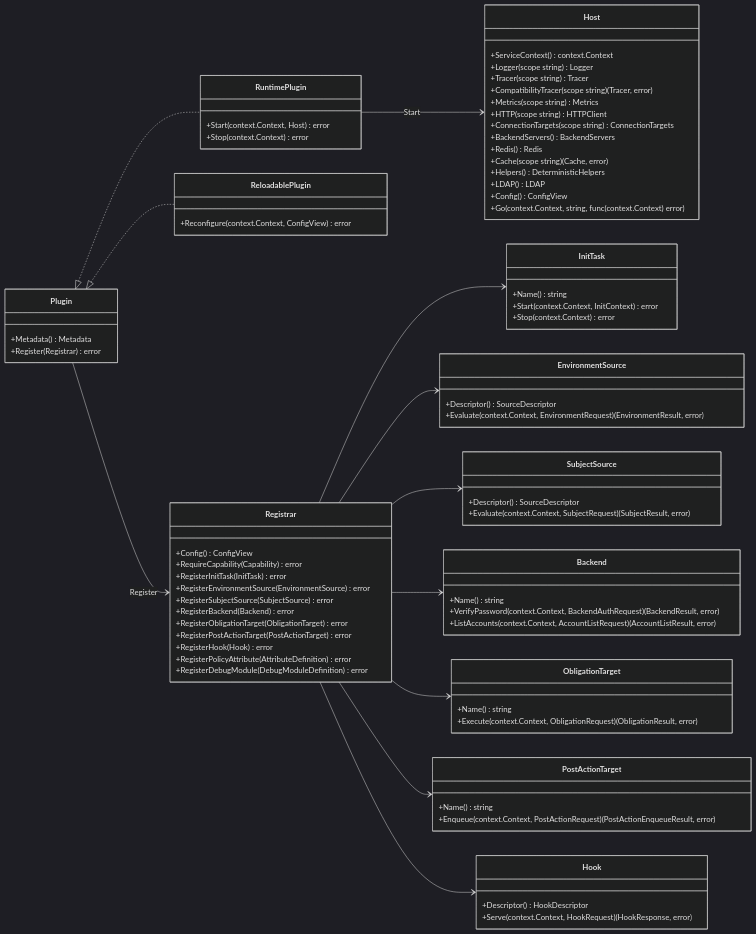
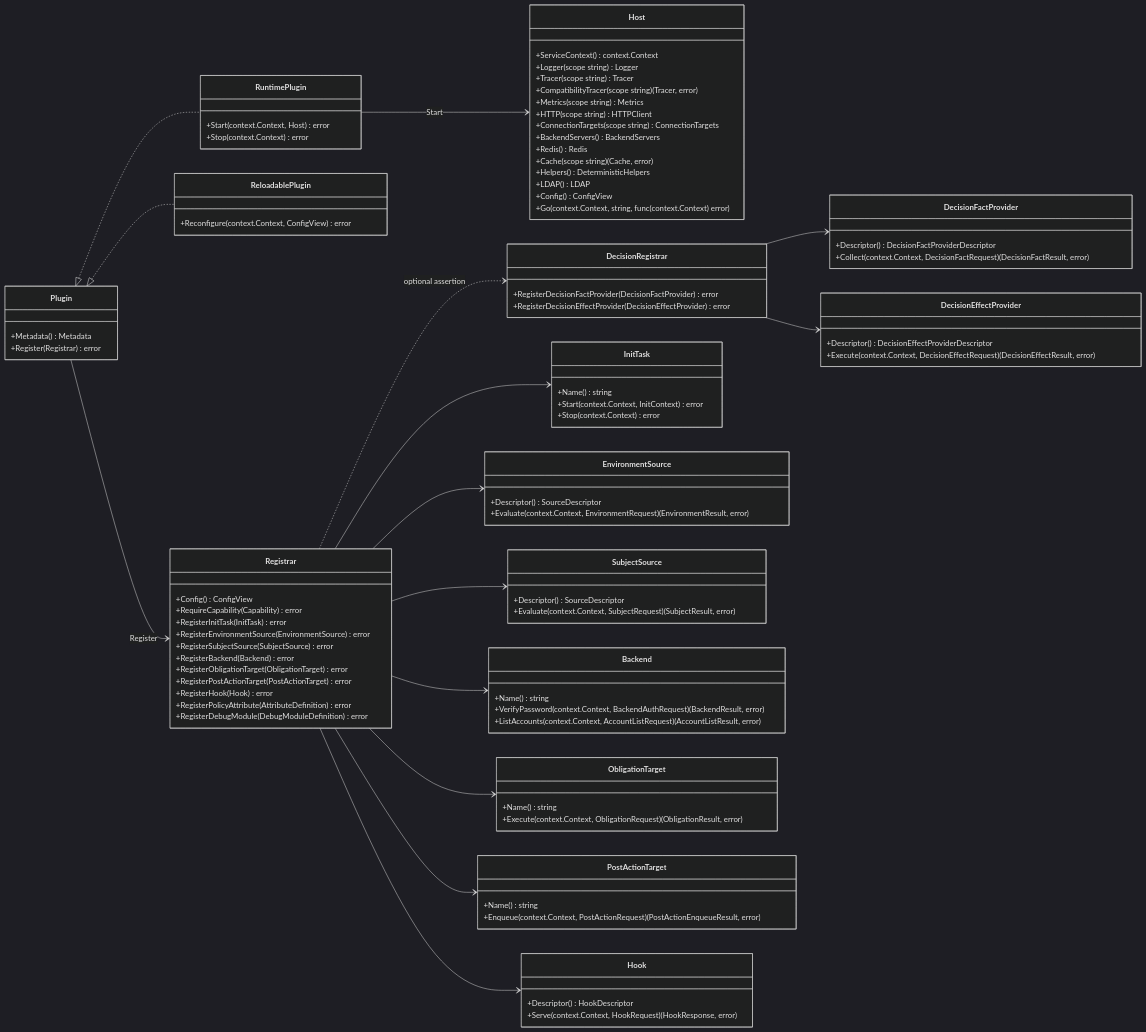
One commit to croessner/nauthilus changed the first of 3 diagrams in server/docs/go_plugin_developer_api.md. Above: the diagram before and after it, drawn with Mermaid (dark theme). The commit also changed other lines of this file and 28 other files, not shown here.

````diff
--- a/server/docs/go_plugin_developer_api.md
+++ b/server/docs/go_plugin_developer_api.md
@@ -53,6 +53,11 @@
         +RegisterHook(Hook) error
         +RegisterPolicyAttribute(AttributeDefinition) error
         +RegisterDebugModule(DebugModuleDefinition) error
+    }
+
+    class DecisionRegistrar {
+        +RegisterDecisionFactProvider(DecisionFactProvider) error
+        +RegisterDecisionEffectProvider(DecisionEffectProvider) error
     }
 
     class Host {
@@ -104,6 +109,16 @@
         +Enqueue(context.Context, PostActionRequest) (PostActionEnqueueResult, error)
     }
 
+    class DecisionFactProvider {
+        +Descriptor() DecisionFactProviderDescriptor
+        +Collect(context.Context, DecisionFactRequest) (DecisionFactResult, error)
+    }
+
+    class DecisionEffectProvider {
+        +Descriptor() DecisionEffectProviderDescriptor
+        +Execute(context.Context, DecisionEffectRequest) (DecisionEffectResult, error)
+    }
+
     class Hook {
         +Descriptor() HookDescriptor
         +Serve(context.Context, HookRequest) (HookResponse, error)
@@ -112,6 +127,7 @@
     Plugin <|.. RuntimePlugin
     Plugin <|.. ReloadablePlugin
     Plugin --> Registrar : Register
+    Registrar ..> DecisionRegistrar : optional assertion
     RuntimePlugin --> Host : Start
     Registrar --> InitTask
     Registrar --> EnvironmentSource
@@ -120,4 +136,6 @@
     Registrar --> ObligationTarget
     Registrar --> PostActionTarget
     Registrar --> Hook
+    DecisionRegistrar --> DecisionFactProvider
+    DecisionRegistrar --> DecisionEffectProvider
 ```
````
